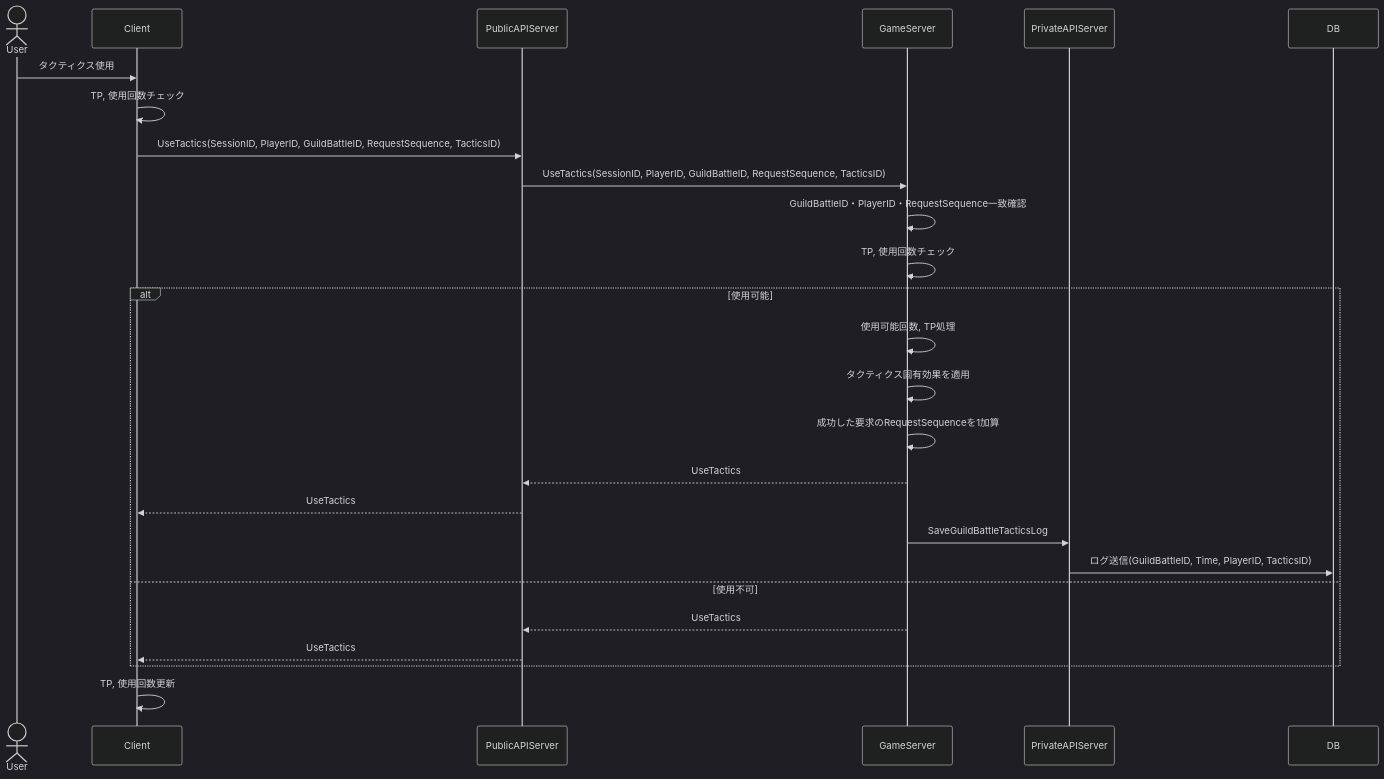
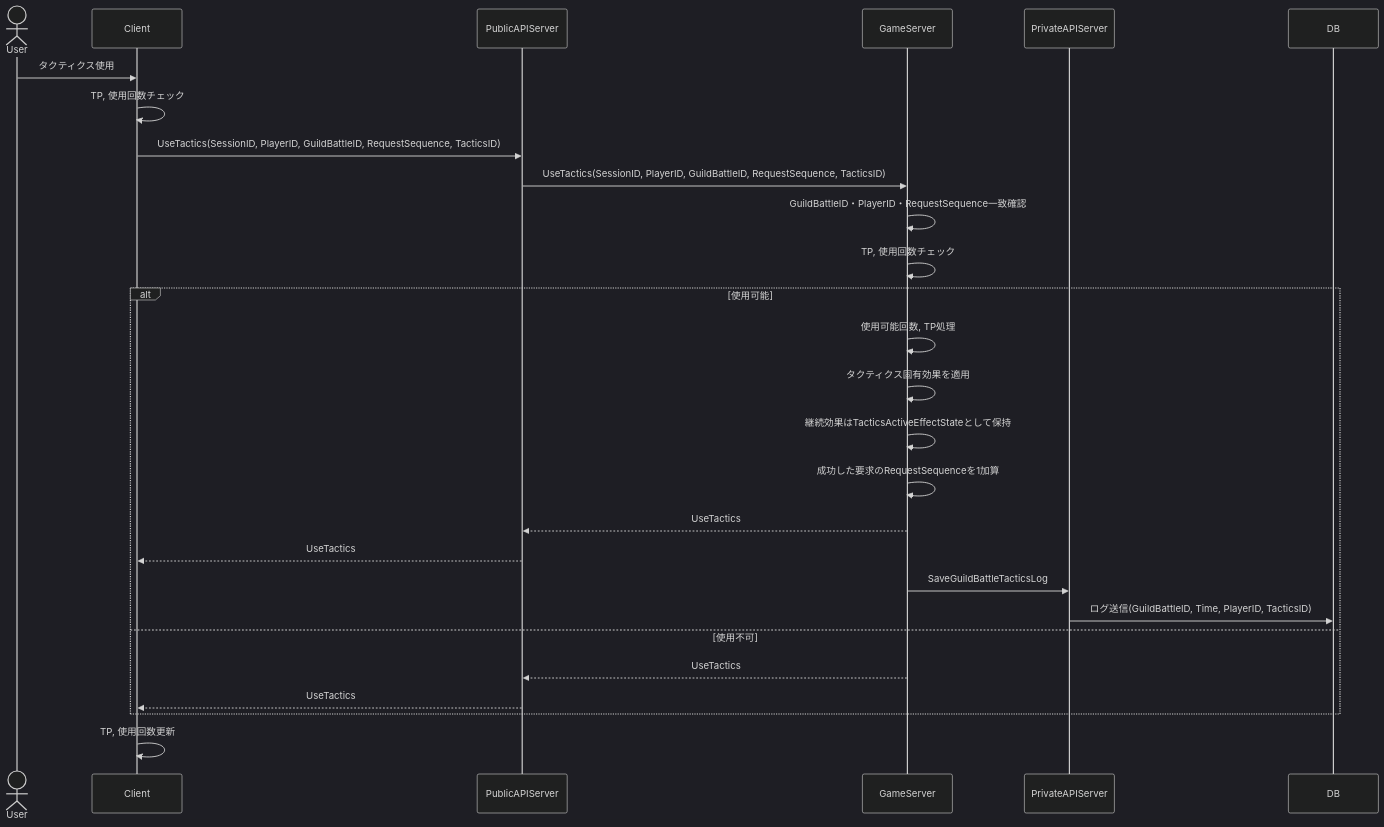
One commit to ReHydrangeaOdyssey/Specifications changed the eighth of 16 diagrams in design/guild_battle.md. Above: the diagram before and after it, drawn with Mermaid (dark theme). The commit also changed other lines of this file and 15 other files, not shown here.

````diff
--- a/design/guild_battle.md
+++ b/design/guild_battle.md
@@ -299,33 +300,34 @@
 ``` mermaid
 sequenceDiagram
     actor User
     participant Client
     participant PublicAPIServer
     participant GameServer
     participant PrivateAPIServer
     participant DB
 
     User->>Client: タクティクス使用
     Client->>Client: TP, 使用回数チェック
     Client->>PublicAPIServer: UseTactics(SessionID, PlayerID, GuildBattleID, RequestSequence, TacticsID)
     PublicAPIServer->>GameServer: UseTactics(SessionID, PlayerID, GuildBattleID, RequestSequence, TacticsID)
 
     GameServer->>GameServer: GuildBattleID・PlayerID・RequestSequence一致確認
     GameServer->>GameServer: TP, 使用回数チェック
 
     alt 使用可能
         GameServer->>GameServer: 使用可能回数, TP処理
         GameServer->>GameServer: タクティクス固有効果を適用
+        GameServer->>GameServer: 継続効果はTacticsActiveEffectStateとして保持
         GameServer->>GameServer: 成功した要求のRequestSequenceを1加算
         GameServer-->>PublicAPIServer: UseTactics
         PublicAPIServer-->>Client: UseTactics
 
         GameServer ->> PrivateAPIServer: SaveGuildBattleTacticsLog
         PrivateAPIServer ->> DB: ログ送信(GuildBattleID, Time, PlayerID, TacticsID)
     else 使用不可
         GameServer-->>PublicAPIServer: UseTactics
         PublicAPIServer-->>Client: UseTactics
     end
     
     Client->>Client: TP, 使用回数更新
 ```
````
